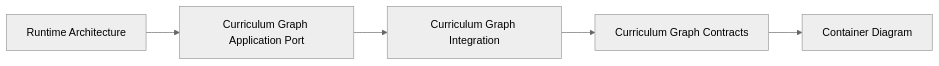
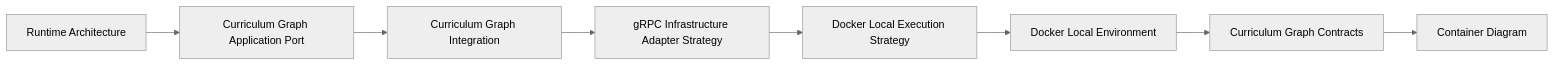
One commit to AigoraCorporation/aigora changed the first of 3 diagrams in docs/02-architecture/tutor-orchestrator/06-integration/index.md. Above: the diagram before and after it, drawn with Mermaid (neutral theme). The commit also changed other lines of this file, not shown here.

Commit message:
docs(repo): extend integration index with grpc and docker architecture

````diff
--- a/docs/02-architecture/tutor-orchestrator/06-integration/index.md
+++ b/docs/02-architecture/tutor-orchestrator/06-integration/index.md
@@ -17,21 +17,33 @@
 ```mermaid
 flowchart LR
 
 runtime["Runtime Architecture"]
 
 port["Curriculum Graph Application Port"]
 
 integration["Curriculum Graph Integration"]
 
+grpc["gRPC Infrastructure Adapter Strategy"]
+
+dockerStrategy["Docker Local Execution Strategy"]
+
+dockerEnvironment["Docker Local Environment"]
+
 contracts["Curriculum Graph Contracts"]
 
 container["Container Diagram"]
 
 runtime --> port
 
 port --> integration
 
-integration --> contracts
+integration --> grpc
+
+grpc --> dockerStrategy
+
+dockerStrategy --> dockerEnvironment
+
+dockerEnvironment --> contracts
 
 contracts --> container
 ```
````
